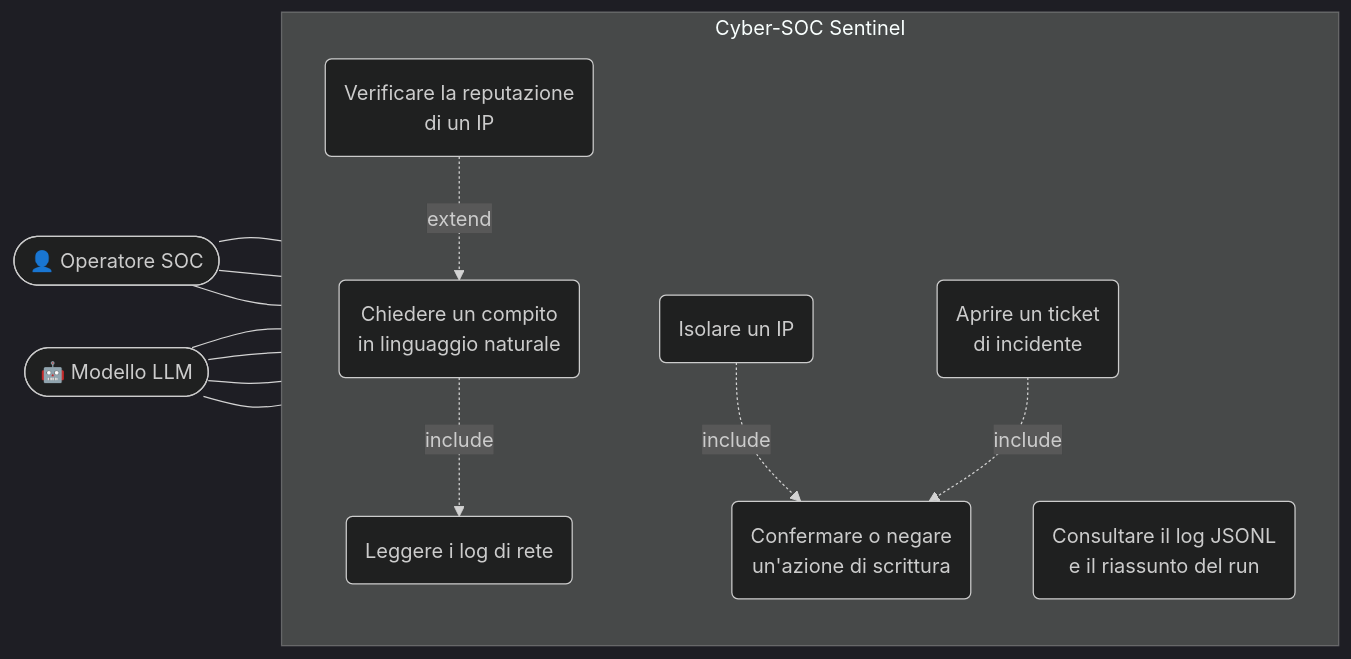
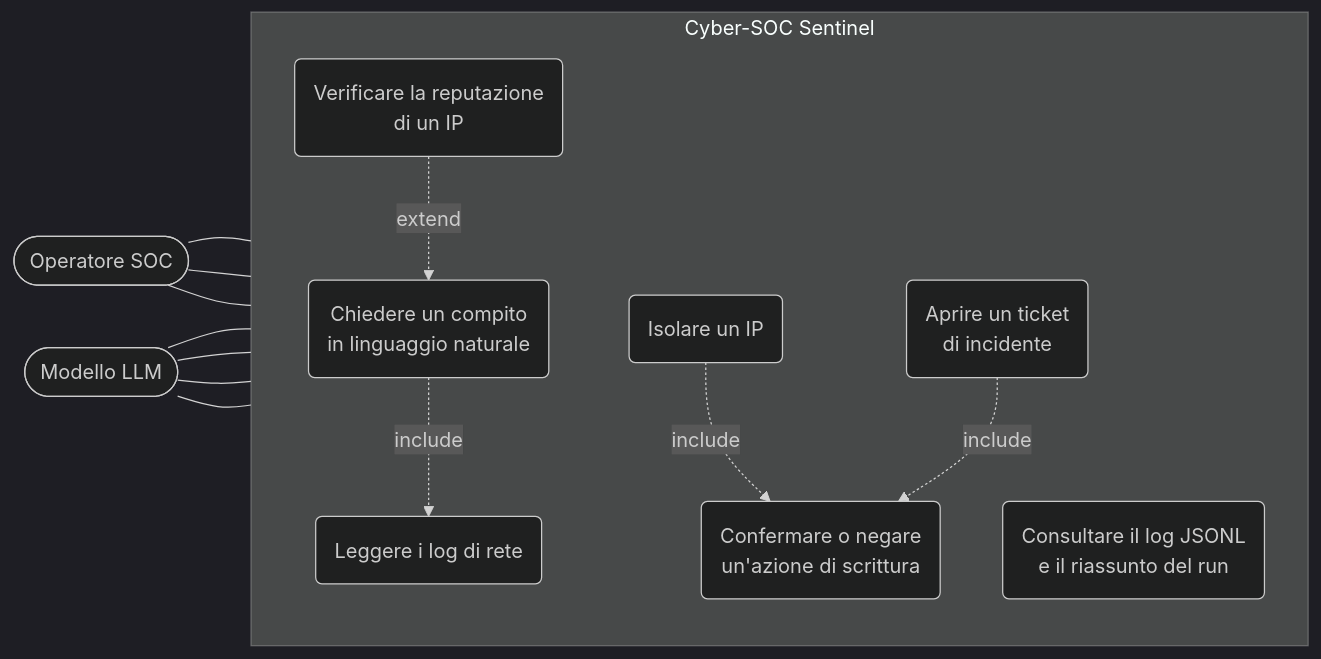
Before and after one commit to CalviLore/cyber-soc-sentinel-pw26: the first of 4 diagrams in docs/DIAGRAMMI.md, drawn with Mermaid (dark theme). The commit also changed other lines of this file and 26 other files, not shown here.

Commit message:
Chat con banner, /models e spinner; prompt v2; conferma S/N; Markdown reso a video; UML in PNG; listone dei prompt

````diff
--- a/docs/DIAGRAMMI.md
+++ b/docs/DIAGRAMMI.md
@@ -16,29 +16,29 @@
 ```mermaid
 flowchart LR
-    op(["👤 Operatore SOC"])
-    llm(["🤖 Modello LLM"])
+    op(["Operatore SOC"])
+    llm(["Modello LLM"])
 
     subgraph sys["Cyber-SOC Sentinel"]
         direction TB
         uc1("Chiedere un compito<br/>in linguaggio naturale")
         uc2("Leggere i log di rete")
         uc3("Verificare la reputazione<br/>di un IP")
         uc4("Isolare un IP")
         uc5("Aprire un ticket<br/>di incidente")
         uc6("Confermare o negare<br/>un'azione di scrittura")
         uc7("Consultare il log JSONL<br/>e il riassunto del run")
     end
 
     op --- uc1
     op --- uc6
     op --- uc7
     llm --- uc2
     llm --- uc3
     llm --- uc4
     llm --- uc5
 
     uc1 -.->|include| uc2
     uc4 -.->|include| uc6
     uc5 -.->|include| uc6
     uc3 -.->|extend| uc1
 ```
````
